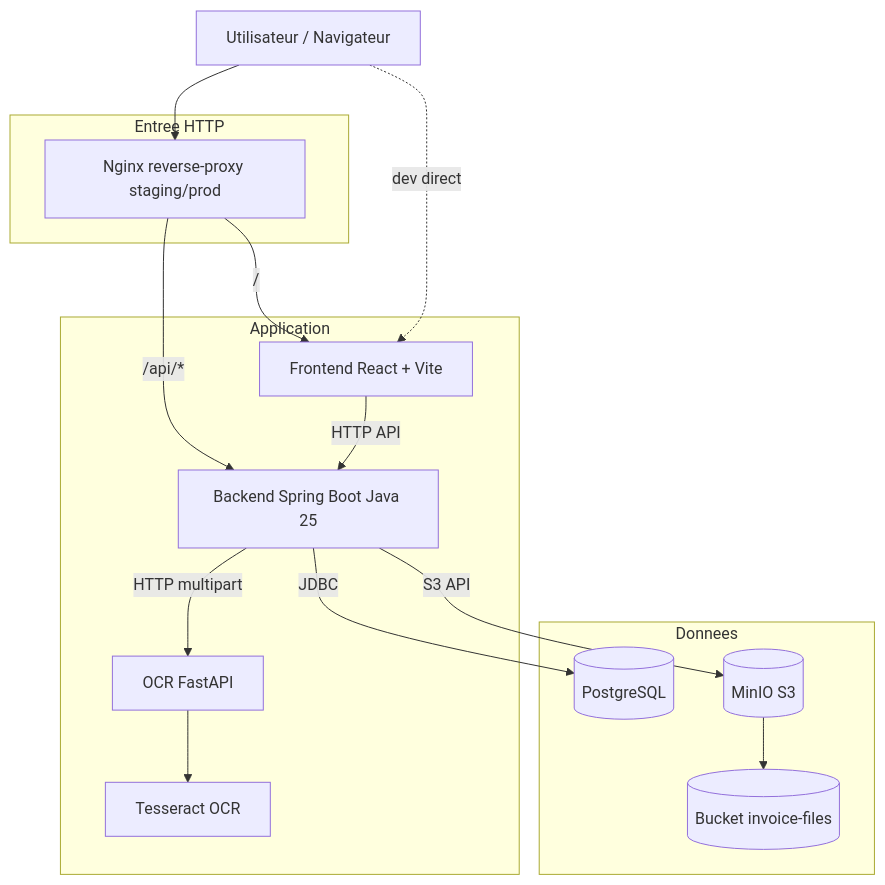
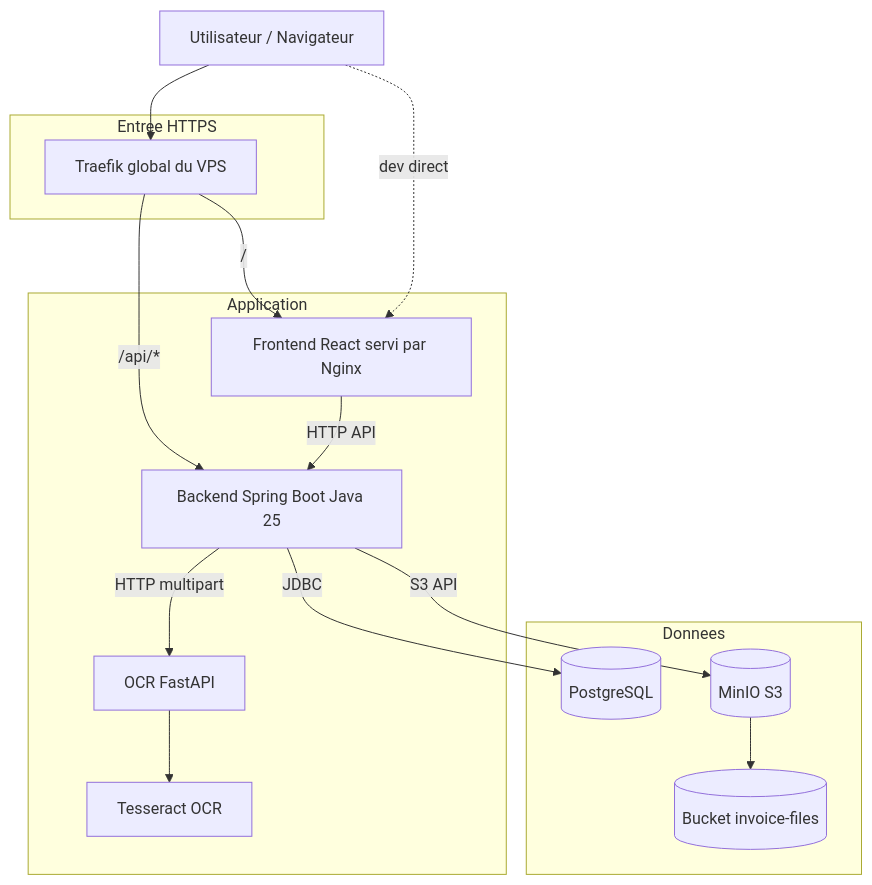
One commit to fil-rouge-docomptia/docomptia changed the first of 4 diagrams in docs/architecture.md. Above: the diagram before and after it, drawn with Mermaid. The commit also changed other lines of this file and 15 other files, not shown here.

Commit message:
KAN-379: configure docomptia environments for the global traefik proxy

````diff
--- a/docs/architecture.md
+++ b/docs/architecture.md
@@ -7,34 +7,34 @@
 ```mermaid
 flowchart TB
     browser[Utilisateur / Navigateur]
 
-    subgraph edge[Entree HTTP]
-        proxy[Nginx reverse-proxy staging/prod]
+    subgraph edge[Entree HTTPS]
+        proxy[Traefik global du VPS]
     end
 
     subgraph app[Application]
-        frontend[Frontend React + Vite]
+        frontend[Frontend React servi par Nginx]
         backend[Backend Spring Boot Java 25]
         ocr[OCR FastAPI]
         tesseract[Tesseract OCR]
     end
 
     subgraph data[Donnees]
         postgres[(PostgreSQL)]
         minio[(MinIO S3)]
         bucket[(Bucket invoice-files)]
     end
 
     browser --> proxy
     proxy -->|/| frontend
     proxy -->|/api/*| backend
 
     browser -. dev direct .-> frontend
     frontend -->|HTTP API| backend
 
     backend -->|JDBC| postgres
     backend -->|S3 API| minio
     minio --> bucket
     backend -->|HTTP multipart| ocr
     ocr --> tesseract
 ```
````
